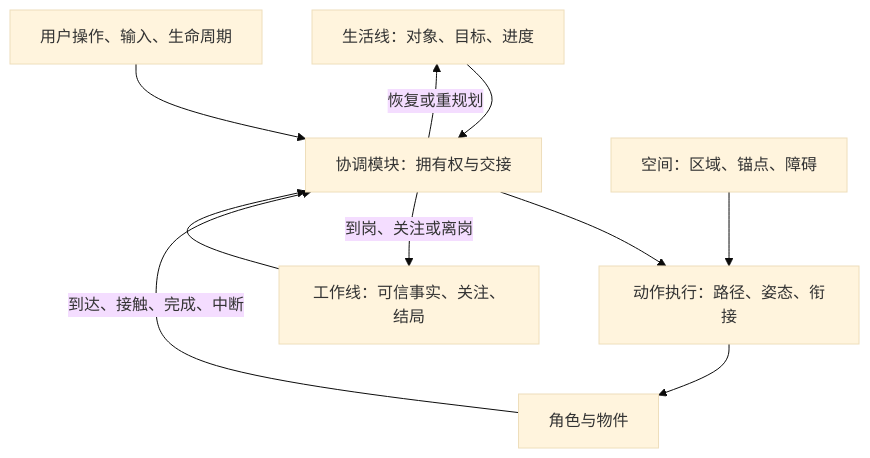
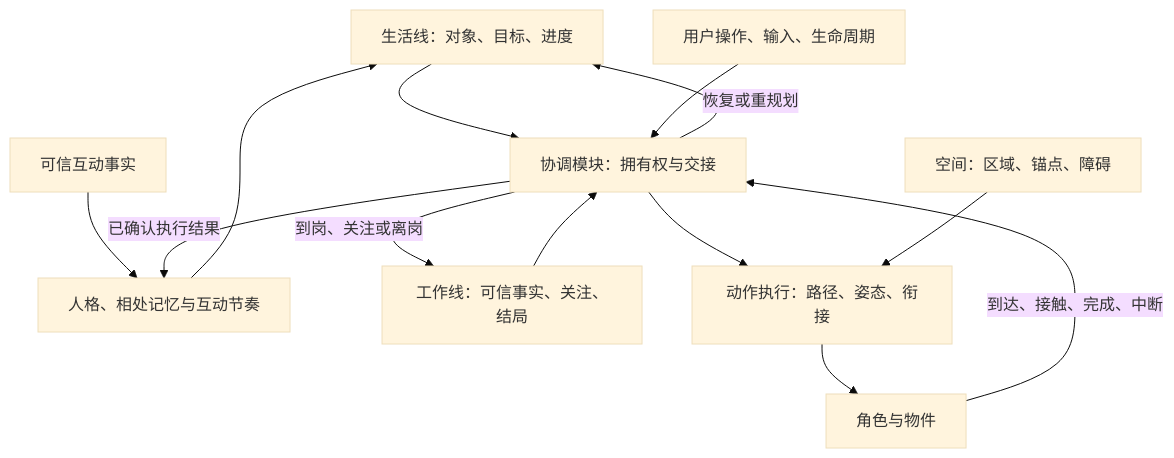
One commit to Xiaxin1235/dsh-coopanion changed the diagram in docs/design/aliveness-implementation-plan.md. Above: the diagram before and after it, drawn with Mermaid (base theme). The commit also changed other lines of this file and 58 other files, not shown here.

````diff
--- a/docs/design/aliveness-implementation-plan.md
+++ b/docs/design/aliveness-implementation-plan.md
@@ -37,12 +39,15 @@
 ```mermaid
 flowchart TB
   L[生活线：对象、目标、进度] --> C[协调模块：拥有权与交接]
+  P[人格、相处记忆与互动节奏] --> L
+  F[可信互动事实] --> P
   W[工作线：可信事实、关注、结局] --> C
   U[用户操作、输入、生命周期] --> C
   C --> M[动作执行：路径、姿态、衔接]
   S[空间：区域、锚点、障碍] --> M
   M --> B[角色与物件]
   B -->|到达、接触、完成、中断| C
+  C -->|已确认执行结果| P
   C -->|恢复或重规划| L
   C -->|到岗、关注或离岗| W
 ```
````
